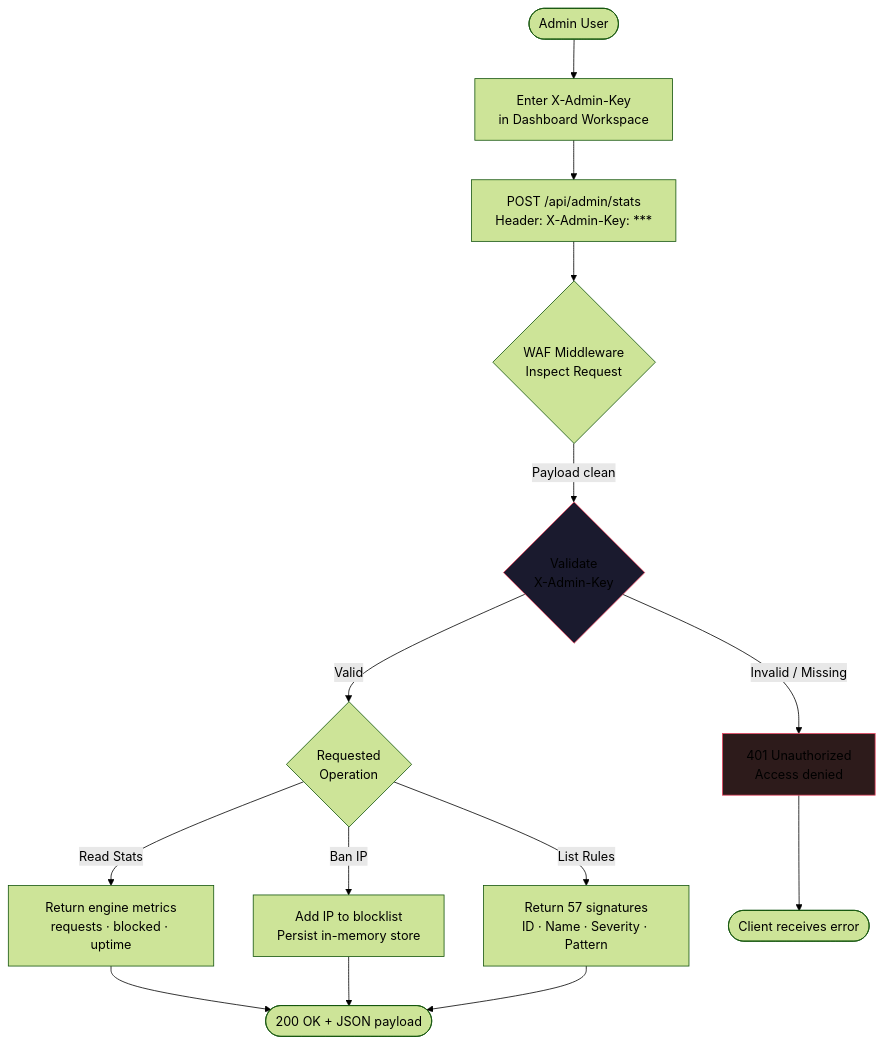
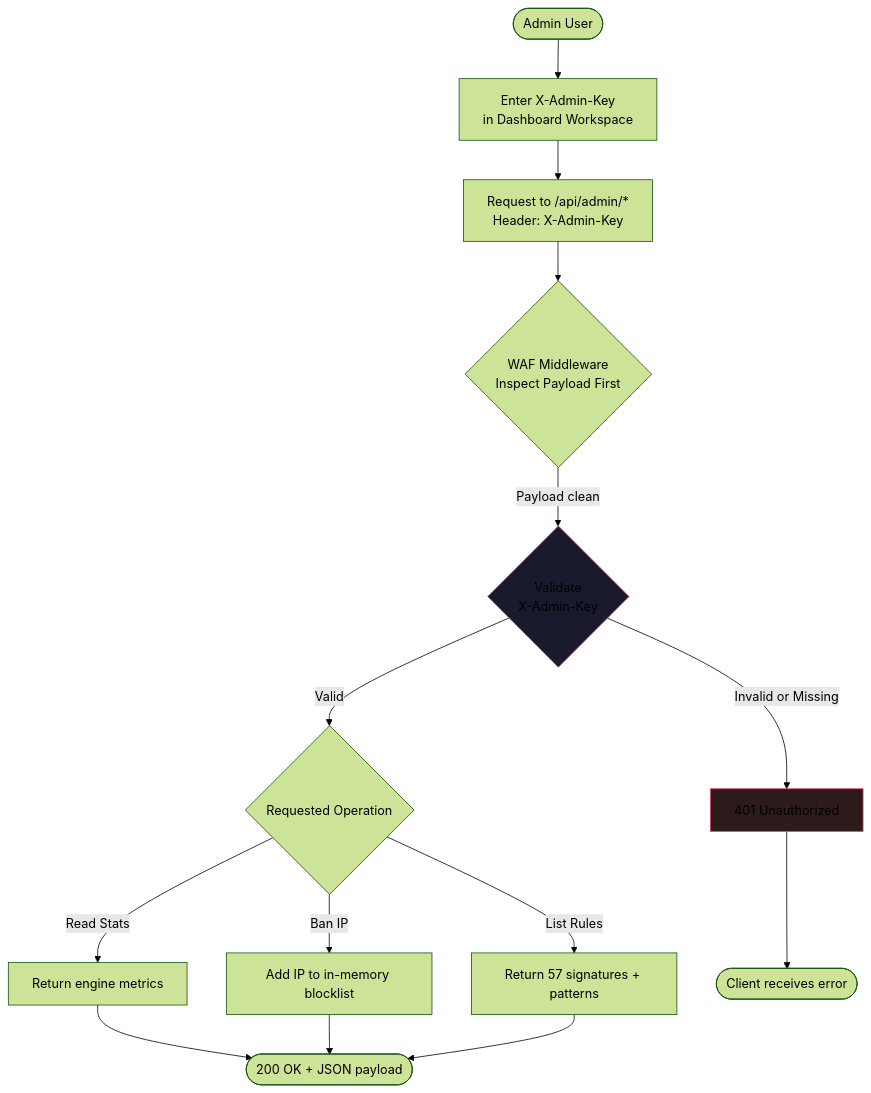
One commit to obstinix/outloop-waf changed the sixth of 10 diagrams in README.md. Above: the diagram before and after it, drawn with Mermaid (forest theme). The commit also changed other lines of this file, not shown here.

````diff
--- a/README.md
+++ b/README.md
@@ -481,17 +350,17 @@
 ```mermaid
 flowchart TD
     ADMIN([Admin User]) --> INPUT[Enter X-Admin-Key\nin Dashboard Workspace]
-    INPUT --> REQ_A[POST /api/admin/stats\nHeader: X-Admin-Key: ***]
-    REQ_A --> MW_A{WAF Middleware\nInspect Request}
+    INPUT --> REQ_A[Request to /api/admin/*\nHeader: X-Admin-Key]
+    REQ_A --> MW_A{WAF Middleware\nInspect Payload First}
     MW_A -->|Payload clean| AUTH{Validate\nX-Admin-Key}
-    AUTH -->|Invalid / Missing| E401[401 Unauthorized\nAccess denied]
-    AUTH -->|Valid| PRIV{Requested\nOperation}
-    PRIV -->|Read Stats| STATS[Return engine metrics\nrequests · blocked · uptime]
-    PRIV -->|Ban IP| BAN[Add IP to blocklist\nPersist in-memory store]
-    PRIV -->|List Rules| RULES[Return 57 signatures\nID · Name · Severity · Pattern]
+    AUTH -->|Invalid or Missing| E401[401 Unauthorized]
+    AUTH -->|Valid| PRIV{Requested Operation}
+    PRIV -->|Read Stats| STATS[Return engine metrics]
+    PRIV -->|Ban IP| BAN[Add IP to in-memory blocklist]
+    PRIV -->|List Rules| RULES[Return 57 signatures + patterns]
     STATS & BAN & RULES --> RESP_A([200 OK + JSON payload])
     E401 --> END([Client receives error])
 
     style AUTH fill:#1a1a2e,stroke:#e94560
     style E401 fill:#2d1b1b,stroke:#e94560
 ```
````
